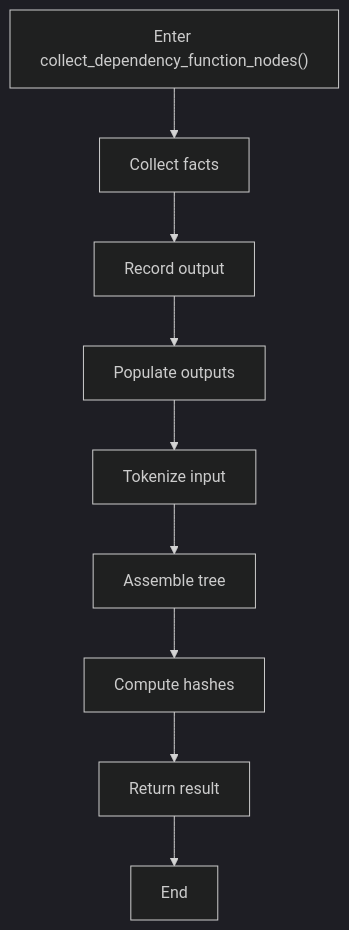
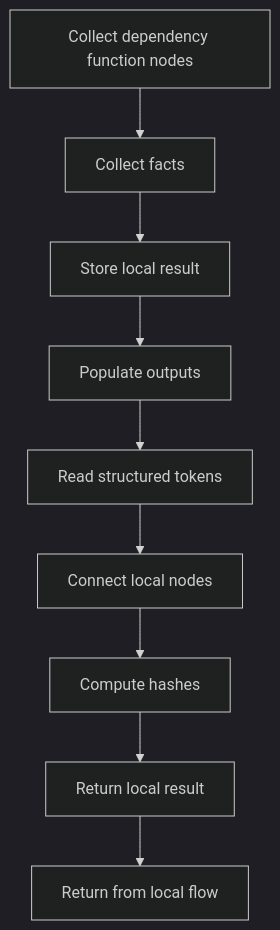
One commit to JohnAndrewBalbarosa/NeoTerritory changed the second of 6 diagrams in docs/Codebase/Microservice/Modules/Source/Trees/Shared/dependency_utils.cpp.md. Above: the diagram before and after it, drawn with Mermaid (dark theme). The commit also changed other lines of this file and 915 other files, not shown here.

````diff
--- a/docs/Codebase/Microservice/Modules/Source/Trees/Shared/dependency_utils.cpp.md
+++ b/docs/Codebase/Microservice/Modules/Source/Trees/Shared/dependency_utils.cpp.md
@@ -56,20 +55,20 @@
 ```mermaid
 flowchart TD
-    N0["Enter collect_dependency_function_nodes()"]
+    N0["Collect dependency function nodes"]
     N1["Collect facts"]
-    N2["Record output"]
+    N2["Store local result"]
     N3["Populate outputs"]
-    N4["Tokenize input"]
-    N5["Assemble tree"]
+    N4["Read structured tokens"]
+    N5["Connect local nodes"]
     N6["Compute hashes"]
-    N7["Return result"]
-    N8["End"]
+    N7["Return local result"]
+    N8["Return from local flow"]
     N0 --> N1
     N1 --> N2
     N2 --> N3
     N3 --> N4
     N4 --> N5
     N5 --> N6
     N6 --> N7
     N7 --> N8
 ```
````
